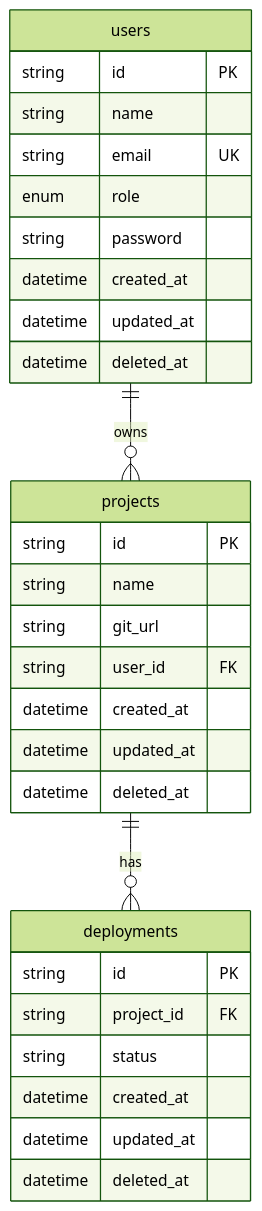
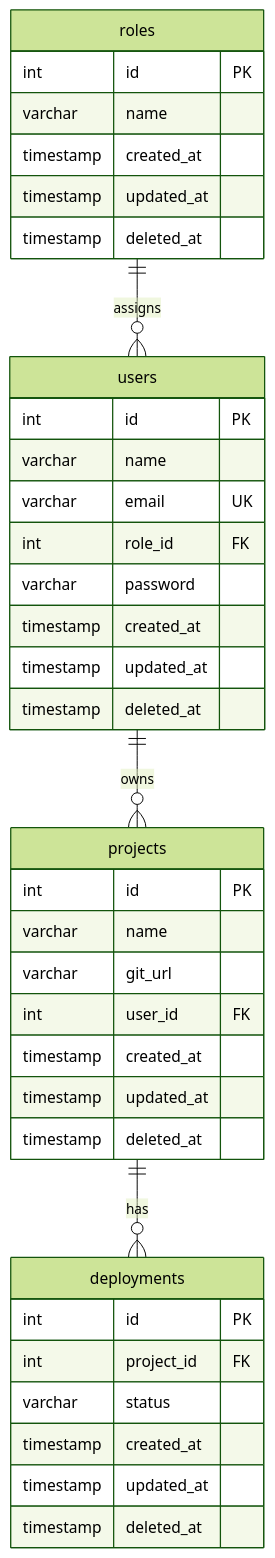
Before and after one commit to Aarushi-GKMIT/deployment-pipeline-docs: the diagram in docs/data-modelling/tables-and-er-diagram.md, drawn with Mermaid (forest theme). The commit also changed other lines of this file and 16 other files, not shown here.

````diff
--- a/docs/data-modelling/tables-and-er-diagram.md
+++ b/docs/data-modelling/tables-and-er-diagram.md
@@ -60,35 +76,44 @@
 ```mermaid
 erDiagram
     users {
-        string id PK
-        string name
-        string email UK
-        enum role
-        string password
-        datetime created_at
-        datetime updated_at
-        datetime deleted_at
+        int id PK
+        varchar name
+        varchar email UK
+        int role_id FK
+        varchar password
+        timestamp created_at
+        timestamp updated_at
+        timestamp deleted_at
+    }
+
+    roles {
+        int id PK
+        varchar name 
+        timestamp created_at
+        timestamp updated_at
+        timestamp deleted_at
     }
 
     projects {
-        string id PK
-        string name
-        string git_url
-        string user_id FK
-        datetime created_at
-        datetime updated_at
-        datetime deleted_at
+        int id PK
+        varchar name
+        varchar git_url
+        int user_id FK
+        timestamp created_at
+        timestamp updated_at
+        timestamp deleted_at
     }
 
     deployments {
-        string id PK
-        string project_id FK
-        string status
-        datetime created_at
-        datetime updated_at
-        datetime deleted_at
+        int id PK
+        int project_id FK
+        varchar status
+        timestamp created_at
+        timestamp updated_at
+        timestamp deleted_at
     }
 
-    users ||--o{ projects : owns
-    projects ||--o{ deployments : has
+    roles ||--o{ users : "assigns"
+    users ||--o{ projects : "owns"
+    projects ||--o{ deployments : "has"
 ```
````
